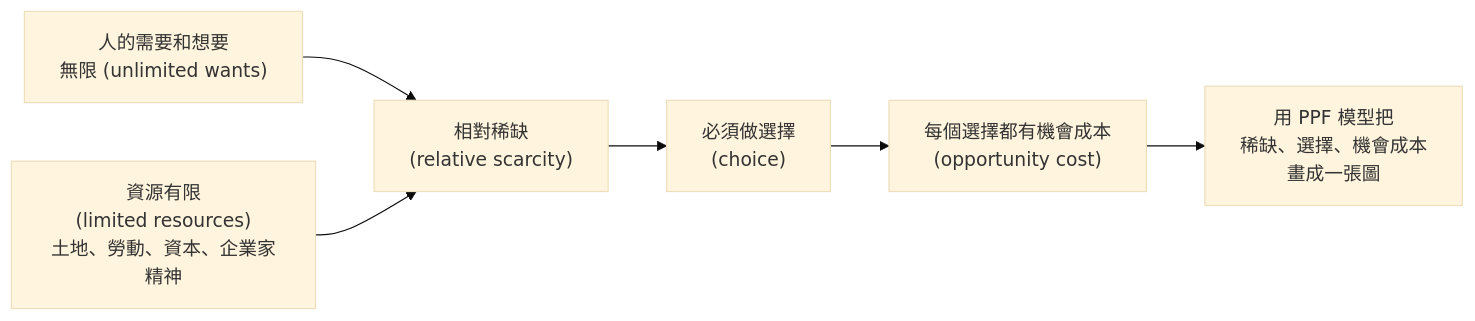
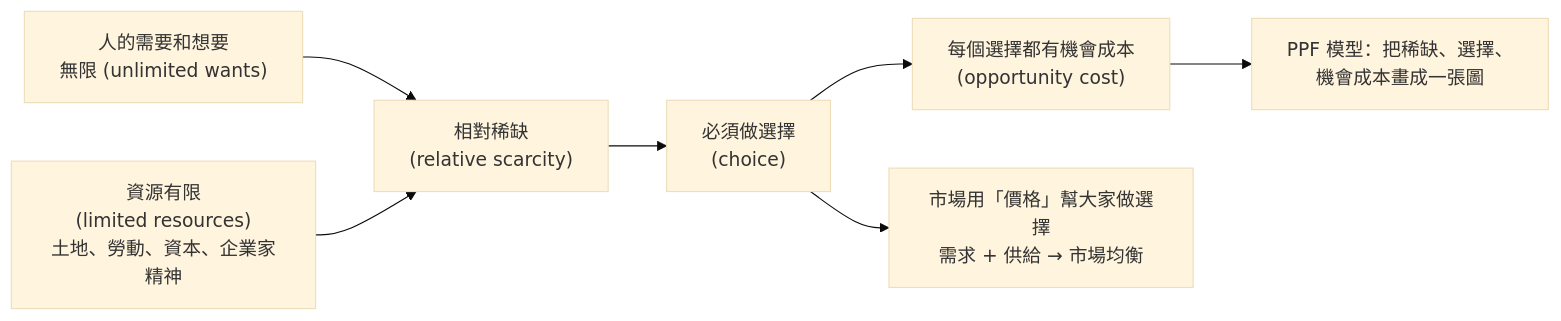
The second of 2 diagrams in MUFY_Economics/README.md (Eric17-dot/Eric1), drawn with Mermaid (base theme) before and after one commit. The commit also changed other lines of this file, not shown here.

````diff
--- a/MUFY_Economics/README.md
+++ b/MUFY_Economics/README.md
@@ -152,8 +177,9 @@
 ```mermaid
 flowchart LR
     W["人的需要和想要<br/>無限 (unlimited wants)"] --> S["相對稀缺<br/>(relative scarcity)"]
     R["資源有限<br/>(limited resources)<br/>土地、勞動、資本、企業家精神"] --> S
     S --> C["必須做選擇<br/>(choice)"]
     C --> O["每個選擇都有機會成本<br/>(opportunity cost)"]
-    O --> P["用 PPF 模型把<br/>稀缺、選擇、機會成本<br/>畫成一張圖"]
+    O --> P["PPF 模型：把稀缺、選擇、<br/>機會成本畫成一張圖"]
+    C --> M["市場用「價格」幫大家做選擇<br/>需求 + 供給 → 市場均衡"]
 ```
````
